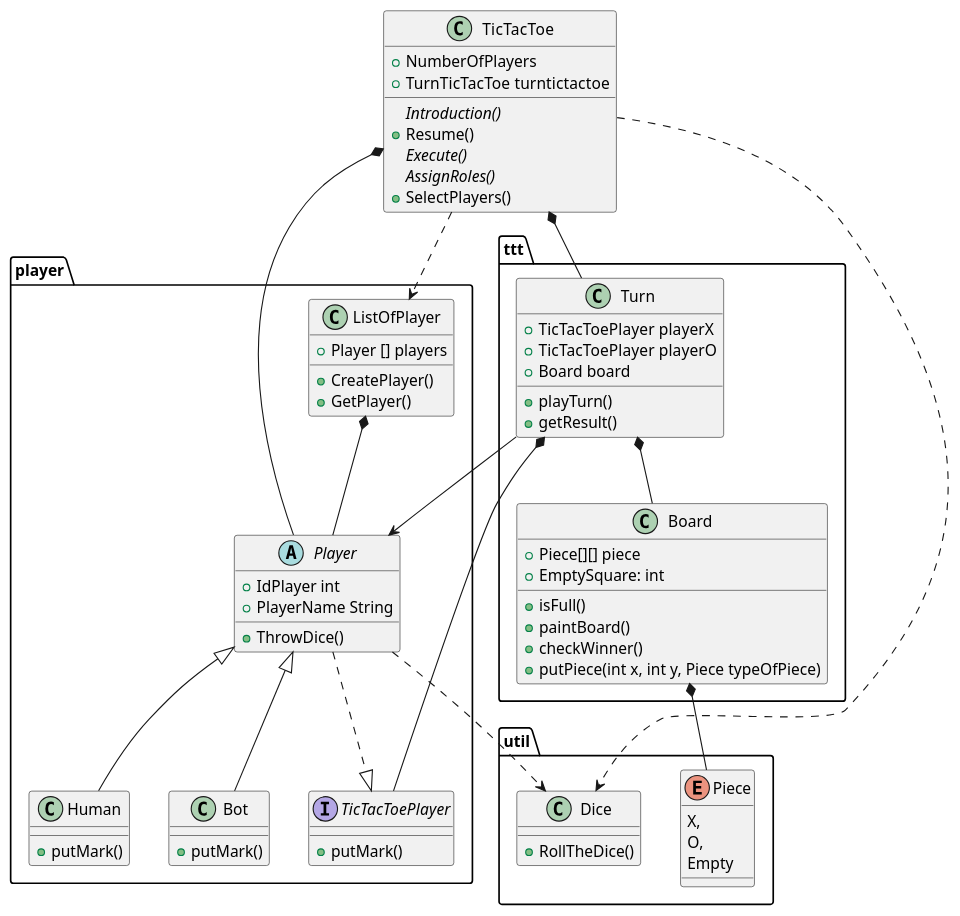
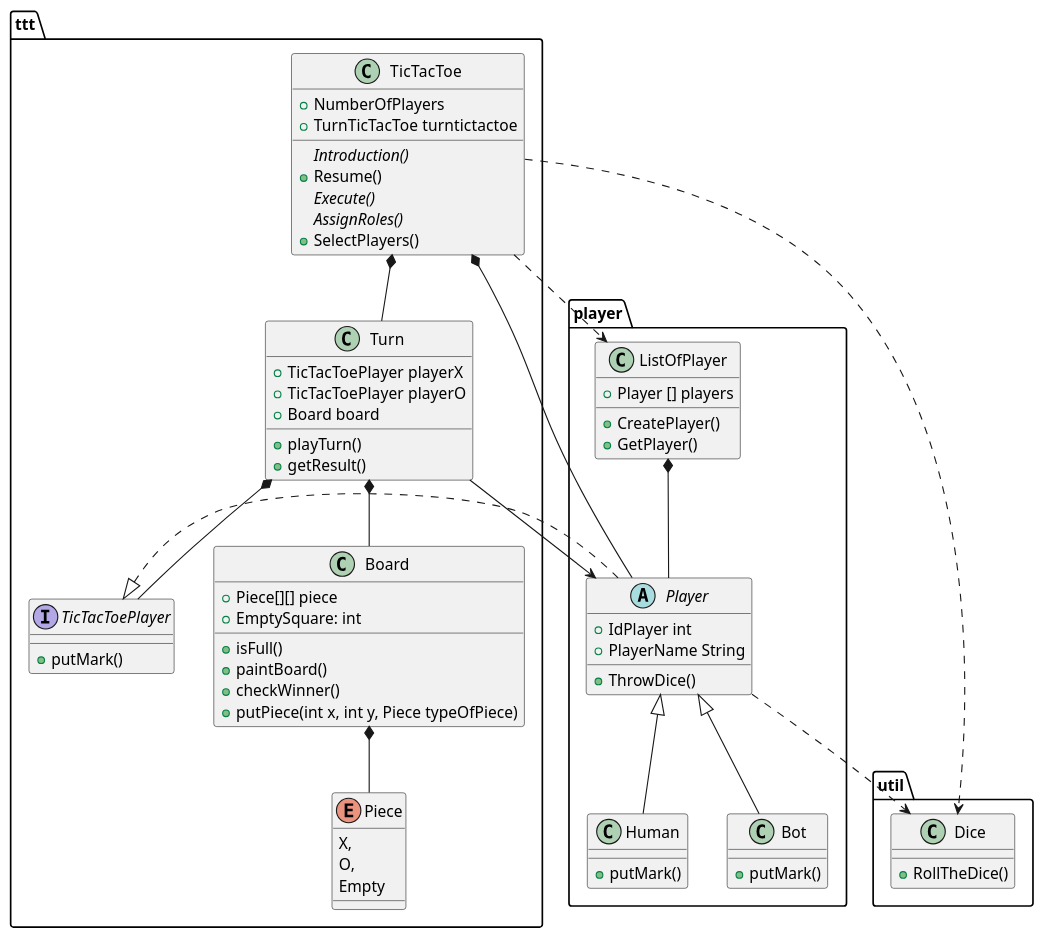
One commit to Gabs16TL/Games_Platform changed the diagram in diagrams/ClassDiagramTicTacToe.wsd. Above: the diagram before and after it, drawn with PlantUML. The commit also changed 2 other files, not shown here.

```diff
--- a/diagrams/ClassDiagramTicTacToe.wsd
+++ b/diagrams/ClassDiagramTicTacToe.wsd
@@ -1,94 +1,80 @@
 @startuml Tictactoe
-
-
-
-class TicTacToe {
-     +NumberOfPlayers
-    +TurnTicTacToe turntictactoe
-    {abstract}Introduction()
-    +Resume()
-    {abstract}Execute()
-    {abstract}AssignRoles()
-    +SelectPlayers()
-}
-
 
 
 package player {
 abstract class Player {
     +IdPlayer int
     +PlayerName String
     +ThrowDice()
 }
 Class ListOfPlayer {
     +Player [] players
     +CreatePlayer()
     +GetPlayer()
 }
 
 Class Human {
     +putMark()
 }
 
 Class Bot {
   +putMark()
 }
-interface TicTacToePlayer {
-    +putMark()
 }
-}
-
-
-
 
 package util {
 class Dice {
     +RollTheDice()
 }
-Enum Piece {
-   X,
-   O,
-   Empty
-}
 }
 
-
 package ttt {
+class TicTacToe {
+     +NumberOfPlayers
+    +TurnTicTacToe turntictactoe
+    {abstract}Introduction()
+    +Resume()
+    {abstract}Execute()
+    {abstract}AssignRoles()
+    +SelectPlayers()
+}
+interface TicTacToePlayer {
+    +putMark()
+}
 class Turn {
     +TicTacToePlayer playerX
     +TicTacToePlayer playerO
     +Board board
     +playTurn()
     +getResult()
 }
 class Board {
     +Piece[][] piece
     +EmptySquare: int
     +isFull()
     +paintBoard()
     +checkWinner()
     +putPiece(int x, int y, Piece typeOfPiece)
 }
+Enum Piece {
+   X,
+   O,
+   Empty
 }
-
-
-
-
-
-
+}
 
 TicTacToe *-- Turn
 Turn *-- TicTacToePlayer
 TicTacToe *-- Player
 Board *-- Piece
 TicTacToe ..> ListOfPlayer
 ListOfPlayer *-- Player
 Turn *-- Board
 Player ..|> TicTacToePlayer
 Player <|-- Human
 Player <|-- Bot
 Turn --> Player
 TicTacToe ..> Dice
 Player ..> Dice
 
 @enduml
```
